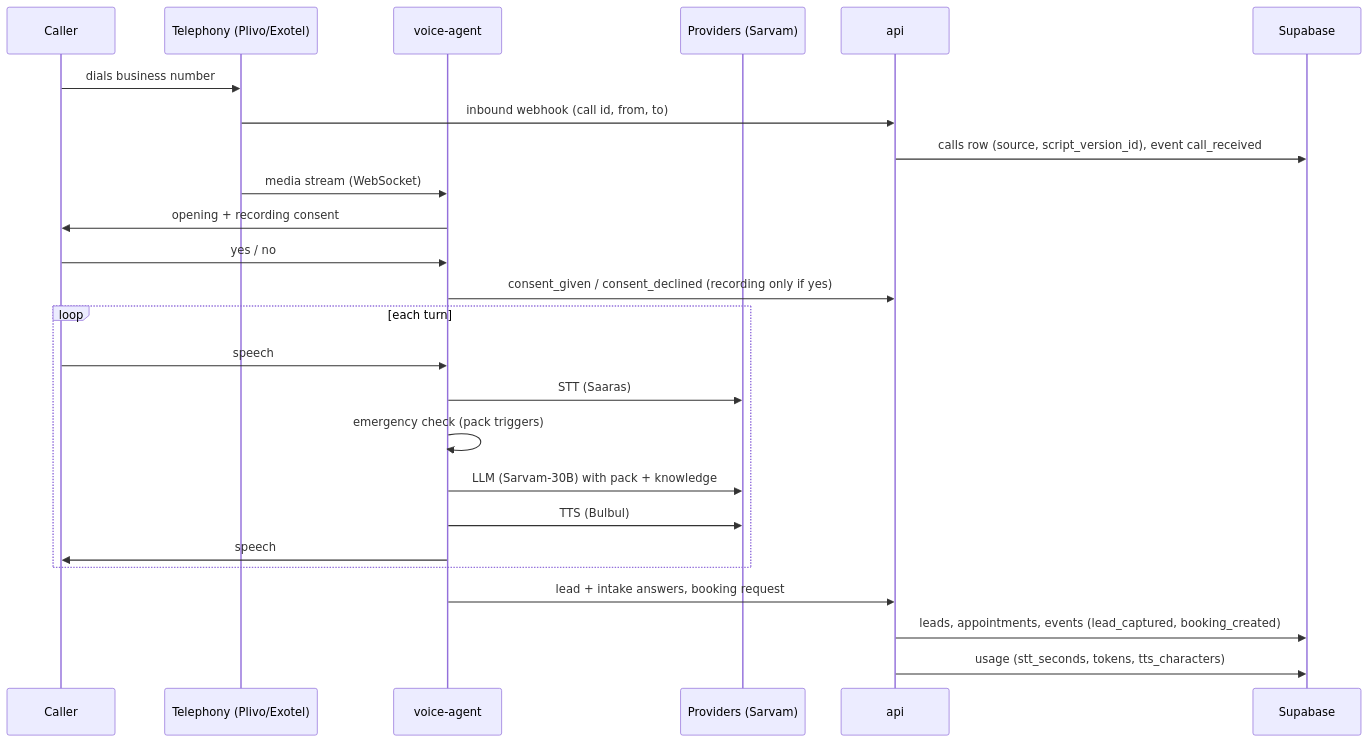
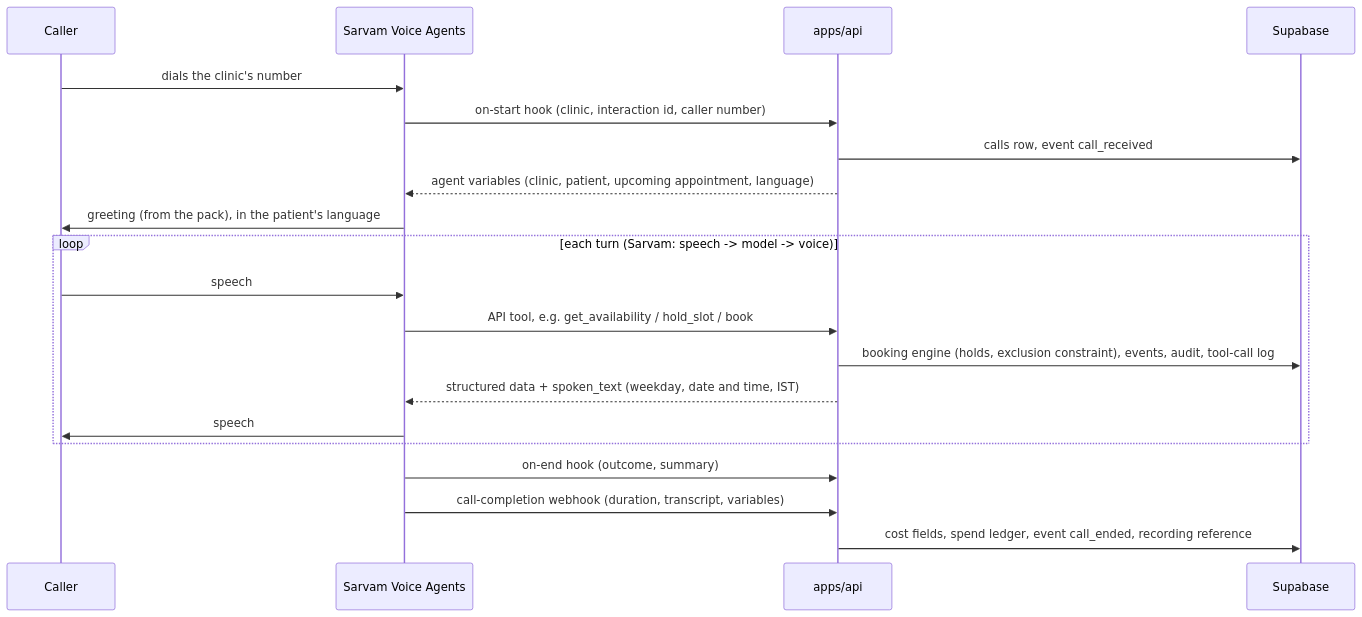
Before and after one commit to Monica2405/SalesBot: the diagram in docs/ARCHITECTURE.md, drawn with Mermaid. The commit also changed other lines of this file and 5 other files, not shown here.

First line of the commit message:
docs: managed Sarvam voice is final; credit, spend guard and Step 3D findings

````diff
--- a/docs/ARCHITECTURE.md
+++ b/docs/ARCHITECTURE.md
@@ -16,28 +20,23 @@
 ```mermaid
 sequenceDiagram
     participant C as Caller
-    participant T as Telephony (Plivo/Exotel)
-    participant A as voice-agent
-    participant P as Providers (Sarvam)
-    participant API as api
+    participant S as Sarvam Voice Agents
+    participant API as apps/api
     participant DB as Supabase
 
-    C->>T: dials business number
-    T->>API: inbound webhook (call id, from, to)
-    API->>DB: calls row (source, script_version_id), event call_received
-    T->>A: media stream (WebSocket)
-    A->>C: opening + recording consent
-    C->>A: yes / no
-    A->>API: consent_given / consent_declined (recording only if yes)
-    loop each turn
-        C->>A: speech
-        A->>P: STT (Saaras)
-        A->>A: emergency check (pack triggers)
-        A->>P: LLM (Sarvam-30B) with pack + knowledge
-        A->>P: TTS (Bulbul)
-        A->>C: speech
+    C->>S: dials the clinic's number
+    S->>API: on-start hook (clinic, interaction id, caller number)
+    API->>DB: calls row, event call_received
+    API-->>S: agent variables (clinic, patient, upcoming appointment, language)
+    S->>C: greeting (from the pack), in the patient's language
+    loop each turn (Sarvam: speech -> model -> voice)
+        C->>S: speech
+        S->>API: API tool, e.g. get_availability / hold_slot / book
+        API->>DB: booking engine (holds, exclusion constraint), events, audit, tool-call log
+        API-->>S: structured data + spoken_text (weekday, date and time, IST)
+        S->>C: speech
     end
-    A->>API: lead + intake answers, booking request
-    API->>DB: leads, appointments, events (lead_captured, booking_created)
-    API->>DB: usage (stt_seconds, tokens, tts_characters)
+    S->>API: on-end hook (outcome, summary)
+    S->>API: call-completion webhook (duration, transcript, variables)
+    API->>DB: cost fields, spend ledger, event call_ended, recording reference
 ```
````
